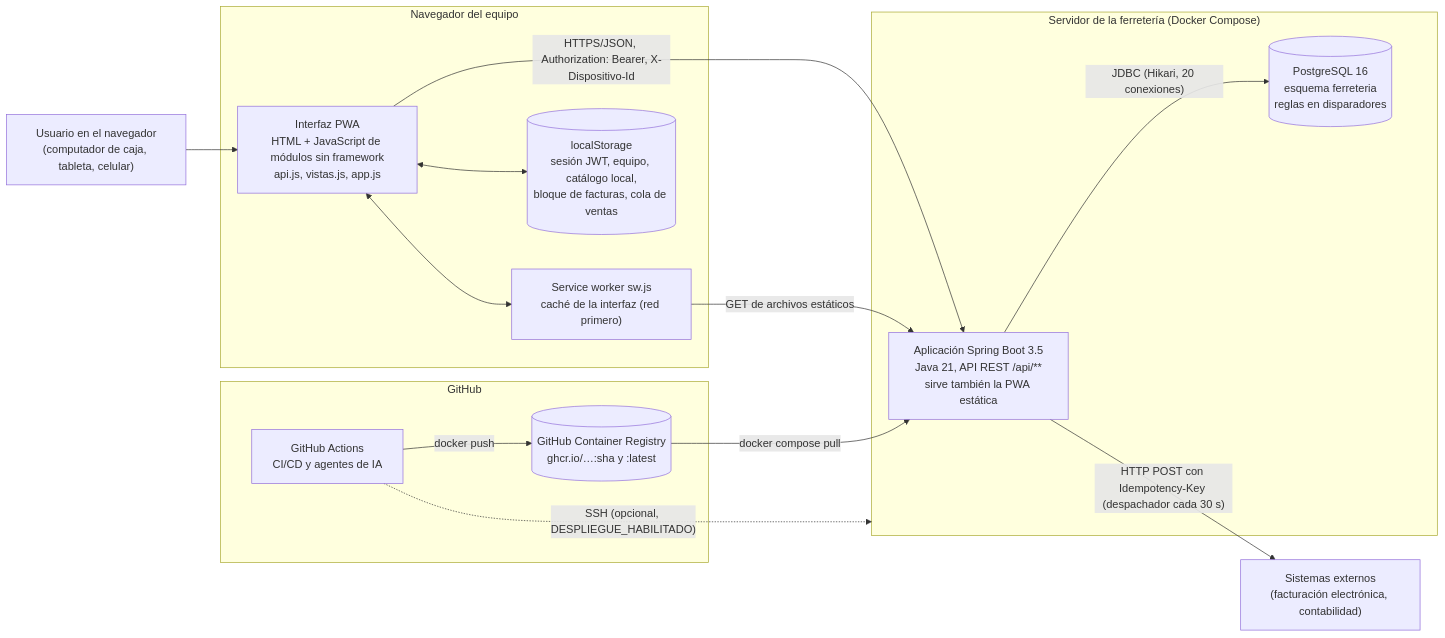
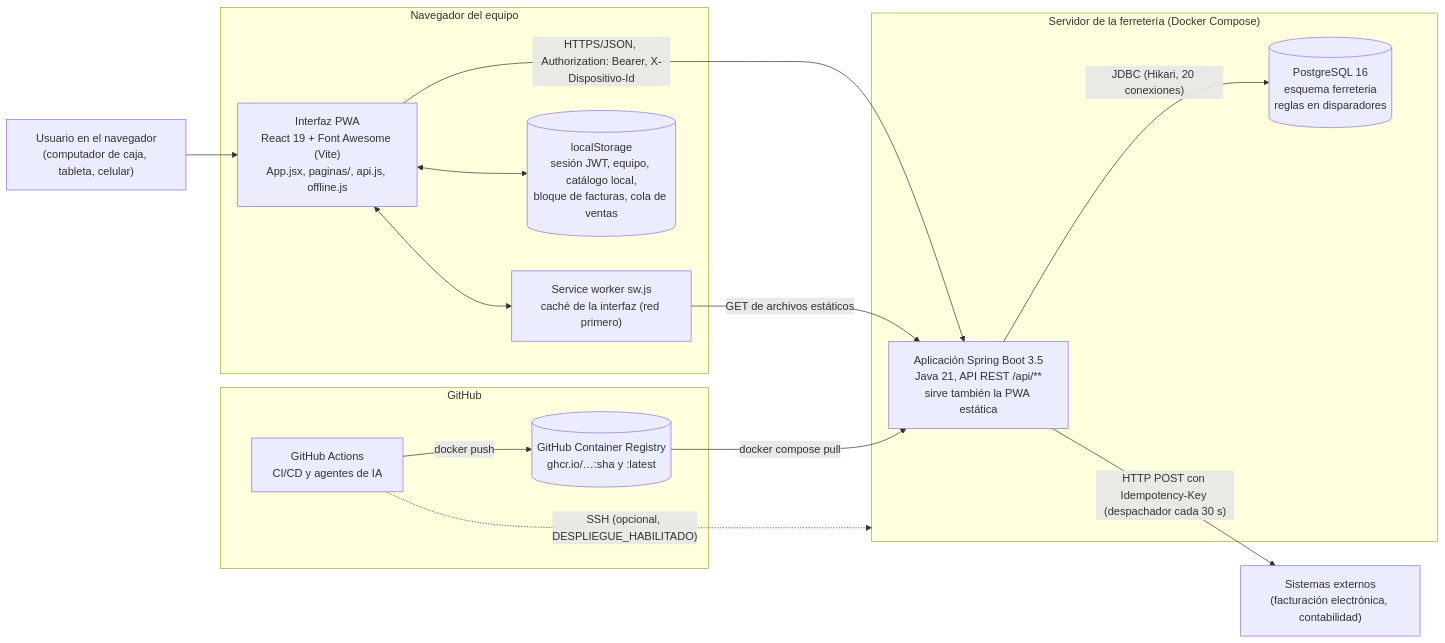
The second of 5 diagrams in docs/03-arquitectura.md (JavierAnd0/crm_ferreteria_ia), drawn with Mermaid before and after one commit. The commit also changed other lines of this file and 5 other files, not shown here.

First line of the commit message:
Documenta la interfaz en React (ADR-015)

````diff
--- a/docs/03-arquitectura.md
+++ b/docs/03-arquitectura.md
@@ -85,33 +85,33 @@
 ```mermaid
 flowchart LR
     U["Usuario en el navegador<br/>(computador de caja, tableta, celular)"]
 
     subgraph Navegador["Navegador del equipo"]
-        PWA["Interfaz PWA<br/>HTML + JavaScript de módulos sin framework<br/>api.js, vistas.js, app.js"]
+        PWA["Interfaz PWA<br/>React 19 + Font Awesome (Vite)<br/>App.jsx, paginas/, api.js, offline.js"]
         SW["Service worker sw.js<br/>caché de la interfaz (red primero)"]
         LS[("localStorage<br/>sesión JWT, equipo, catálogo local,<br/>bloque de facturas, cola de ventas")]
     end
 
     subgraph Servidor["Servidor de la ferretería (Docker Compose)"]
         APP["Aplicación Spring Boot 3.5<br/>Java 21, API REST /api/**<br/>sirve también la PWA estática"]
         DB[("PostgreSQL 16<br/>esquema ferreteria<br/>reglas en disparadores")]
     end
 
     subgraph GitHub["GitHub"]
         GA["GitHub Actions<br/>CI/CD y agentes de IA"]
         GHCR[("GitHub Container Registry<br/>ghcr.io/…:sha y :latest")]
     end
 
     EXT["Sistemas externos<br/>(facturación electrónica, contabilidad)"]
 
     U --> PWA
     PWA <--> SW
     PWA <--> LS
     PWA -- "HTTPS/JSON, Authorization: Bearer, X-Dispositivo-Id" --> APP
     SW -- "GET de archivos estáticos" --> APP
     APP -- "JDBC (Hikari, 20 conexiones)" --> DB
     APP -- "HTTP POST con Idempotency-Key (despachador cada 30 s)" --> EXT
     GA -- "docker push" --> GHCR
     GHCR -- "docker compose pull" --> APP
     GA -. "SSH (opcional, DESPLIEGUE_HABILITADO)" .-> Servidor
 ```
````
